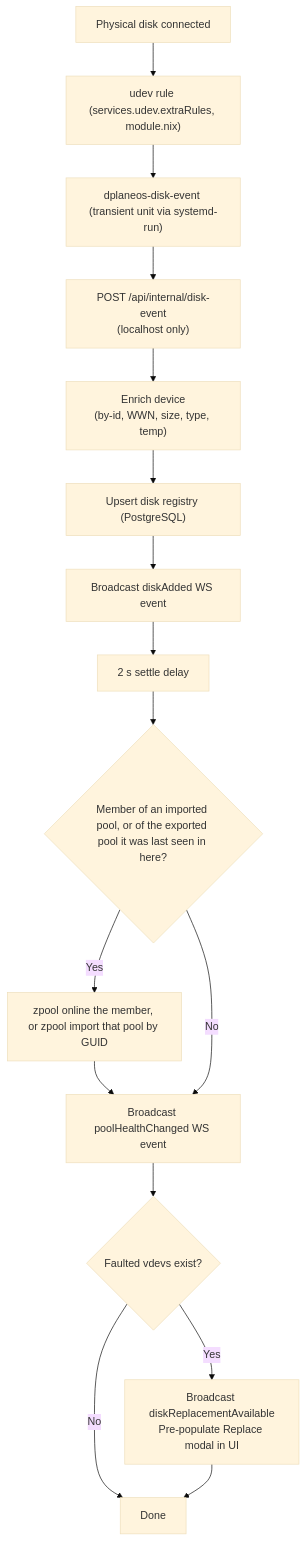
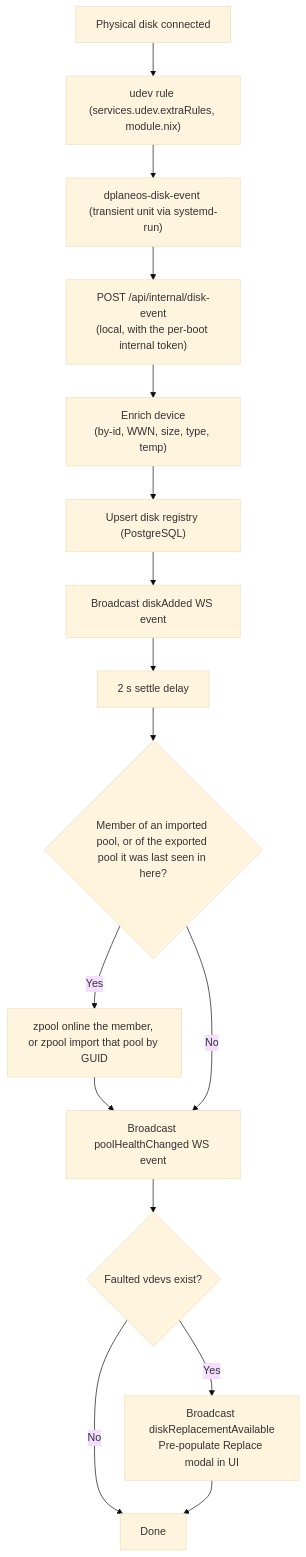
The fourth of 7 diagrams in docs/development/CODEBASE-DIAGRAM.md (4nonX/DPlaneOS), drawn with Mermaid before and after one commit. The commit also changed 53 other files, not shown here.

````diff
--- a/docs/development/CODEBASE-DIAGRAM.md
+++ b/docs/development/CODEBASE-DIAGRAM.md
@@ -128,19 +128,19 @@
 ```mermaid
 %%{init: {'theme':'base'}}%%
 flowchart TD
     A["Physical disk connected"] --> B["udev rule (services.udev.extraRules, module.nix)"]
     B --> C["dplaneos-disk-event (transient unit via systemd-run)"]
-    C --> D["POST /api/internal/disk-event\n(localhost only)"]
+    C --> D["POST /api/internal/disk-event\n(local, with the per-boot internal token)"]
     D --> E["Enrich device\n(by-id, WWN, size, type, temp)"]
     E --> F["Upsert disk registry (PostgreSQL)"]
     F --> G["Broadcast diskAdded WS event"]
     G --> H["2 s settle delay"]
     H --> I{"Member of an imported pool, or of the exported pool it was last seen in here?"}
     I -->|Yes| J["zpool online the member, or zpool import that pool by GUID"]
     J --> K["Broadcast poolHealthChanged WS event"]
     I -->|No| K
     K --> L{"Faulted vdevs exist?"}
     L -->|Yes| M["Broadcast diskReplacementAvailable\nPre-populate Replace modal in UI"]
     L -->|No| N["Done"]
     M --> N
 ```
````
